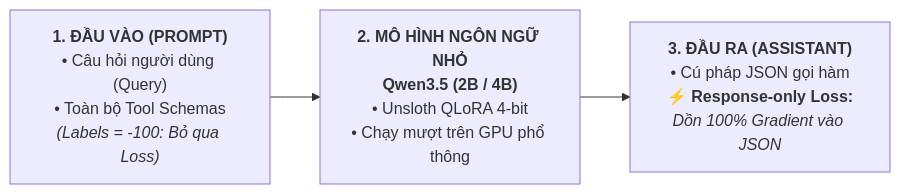
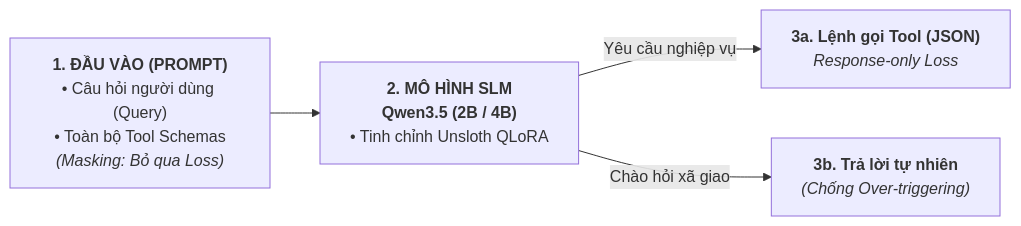
Before and after one commit to TristanDao/tool_calling_with_retrieval_extraction: the fourth of 5 diagrams in thesis/slide_thuyet_trinh_bao_ve.md, drawn with Mermaid. The commit also changed other lines of this file, not shown here.

````diff
--- a/thesis/slide_thuyet_trinh_bao_ve.md
+++ b/thesis/slide_thuyet_trinh_bao_ve.md
@@ -256,6 +256,9 @@
 ```mermaid
 flowchart LR
-    In["<b>1. ĐẦU VÀO (PROMPT)</b><br/>• Câu hỏi người dùng (Query)<br/>• Toàn bộ Tool Schemas<br/><i>(Labels = -100: Bỏ qua Loss)</i>"] 
-    --> SLM["<b>2. MÔ HÌNH NGÔN NGỮ NHỎ</b><br/><b>Qwen3.5 (2B / 4B)</b><br/>• Unsloth QLoRA 4-bit<br/>• Chạy mượt trên GPU phổ thông"]
-    --> Out["<b>3. ĐẦU RA (ASSISTANT)</b><br/>• Cú pháp JSON gọi hàm<br/><b>⚡ Response-only Loss:</b><br/><i>Dồn 100% Gradient vào JSON</i>"]
+    In["<b>1. ĐẦU VÀO (PROMPT)</b><br/>• Câu hỏi người dùng (Query)<br/>• Toàn bộ Tool Schemas<br/><i>(Masking: Bỏ qua Loss)</i>"] 
+    --> SLM["<b>2. MÔ HÌNH SLM</b><br/><b>Qwen3.5 (2B / 4B)</b><br/>• Tinh chỉnh Unsloth QLoRA"]
+    
+    SLM -->|Yêu cầu nghiệp vụ| Out1["<b>3a. Lệnh gọi Tool (JSON)</b><br/><i>Response-only Loss</i>"]
+    SLM -->|Chào hỏi xã giao| Out2["<b>3b. Trả lời tự nhiên</b><br/><i>(Chống Over-triggering)</i>"]
+
 ```
````
